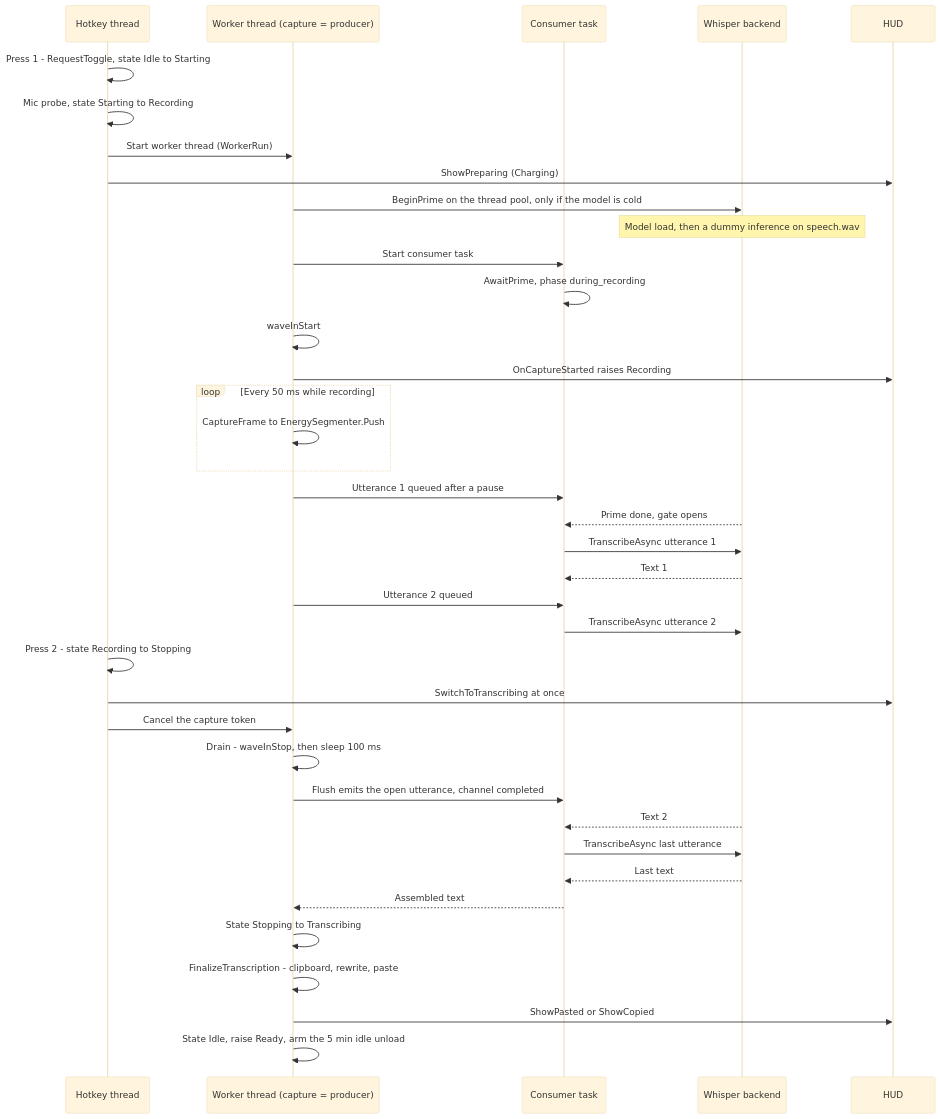
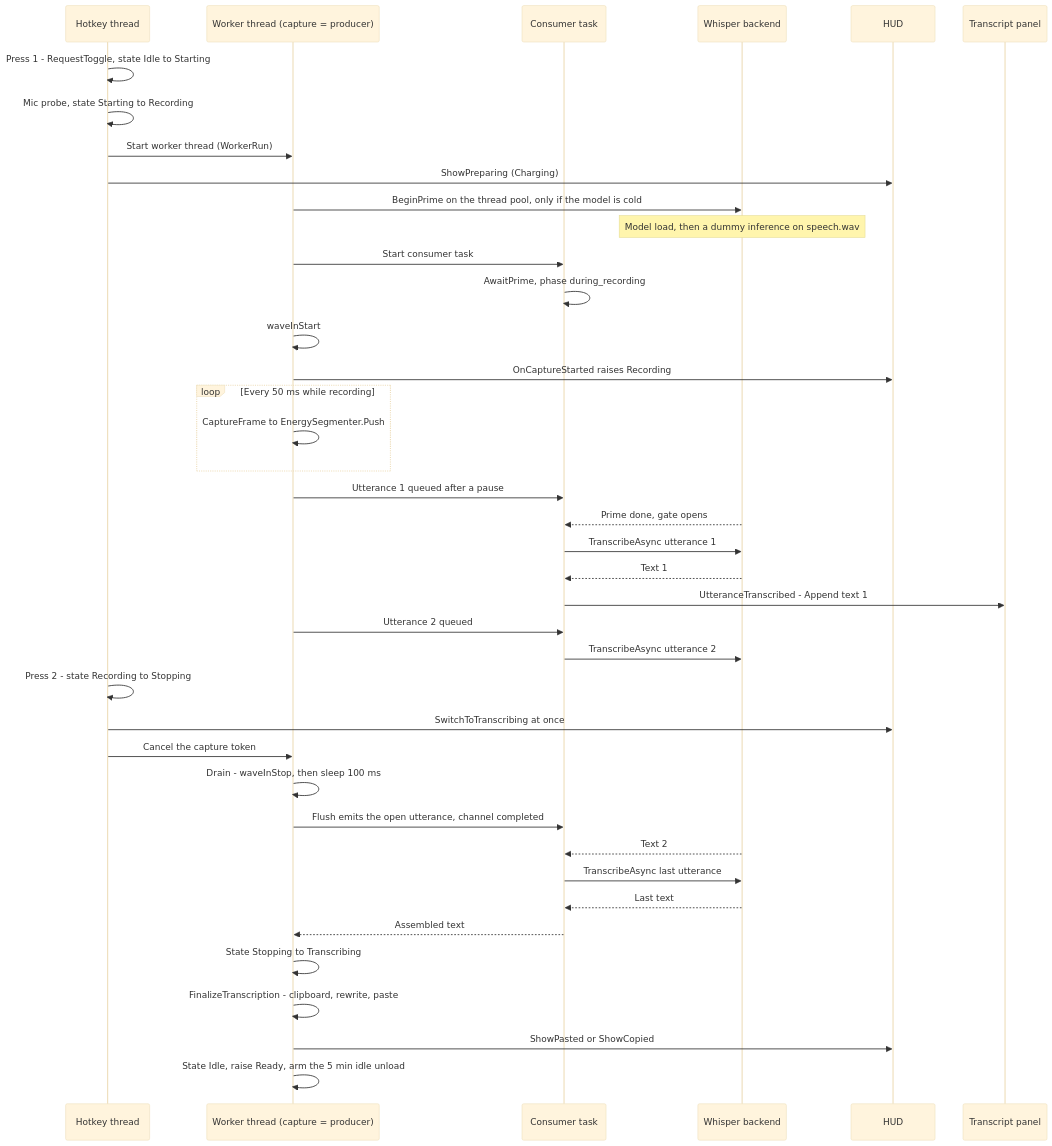
One commit to louisfifre/deckle changed the second of 3 diagrams in docs/transcription-audio-chain.md. Above: the diagram before and after it, drawn with Mermaid (base theme). The commit also changed other lines of this file, not shown here.

````diff
--- a/docs/transcription-audio-chain.md
+++ b/docs/transcription-audio-chain.md
@@ -115,41 +118,43 @@
 ```mermaid
 sequenceDiagram
     participant HK as Hotkey thread
     participant W as Worker thread (capture = producer)
     participant C as Consumer task
     participant WB as Whisper backend
     participant HUD as HUD
+    participant P as Transcript panel
 
     HK->>HK: Press 1 - RequestToggle, state Idle to Starting
     HK->>HK: Mic probe, state Starting to Recording
     HK->>W: Start worker thread (WorkerRun)
     HK->>HUD: ShowPreparing (Charging)
     W->>WB: BeginPrime on the thread pool, only if the model is cold
     Note over WB: Model load, then a dummy inference on speech.wav
     W->>C: Start consumer task
     C->>C: AwaitPrime, phase during_recording
     W->>W: waveInStart
     W->>HUD: OnCaptureStarted raises Recording
     loop Every 50 ms while recording
         W->>W: CaptureFrame to EnergySegmenter.Push
     end
     W->>C: Utterance 1 queued after a pause
     WB-->>C: Prime done, gate opens
     C->>WB: TranscribeAsync utterance 1
     WB-->>C: Text 1
+    C->>P: UtteranceTranscribed - Append text 1
     W->>C: Utterance 2 queued
     C->>WB: TranscribeAsync utterance 2
     HK->>HK: Press 2 - state Recording to Stopping
     HK->>HUD: SwitchToTranscribing at once
     HK->>W: Cancel the capture token
     W->>W: Drain - waveInStop, then sleep 100 ms
     W->>C: Flush emits the open utterance, channel completed
     WB-->>C: Text 2
     C->>WB: TranscribeAsync last utterance
     WB-->>C: Last text
     C-->>W: Assembled text
     W->>W: State Stopping to Transcribing
     W->>W: FinalizeTranscription - clipboard, rewrite, paste
     W->>HUD: ShowPasted or ShowCopied
     W->>W: State Idle, raise Ready, arm the 5 min idle unload
 ```
````
